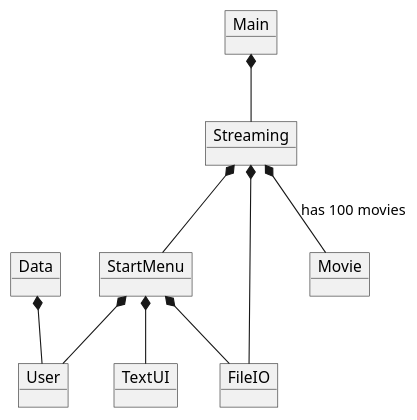
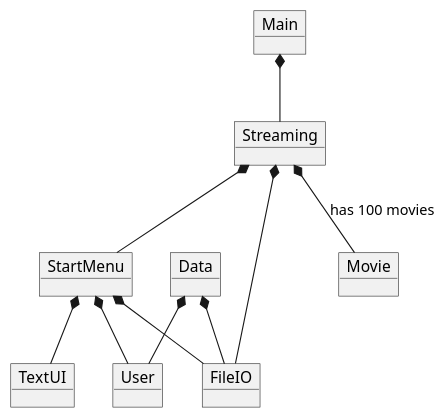
One commit to Madihakhan1/SP3 changed the diagram in .idea/Doc/Domainmodel.puml. Above: the diagram before and after it, drawn with PlantUML.

```diff
--- a/.idea/Doc/Domainmodel.puml
+++ b/.idea/Doc/Domainmodel.puml
@@ -1,28 +1,28 @@
 @startuml
 'https://plantuml.com/object-diagram
 
 object Main
 object StartMenu
 object Streaming
 object User
 object Movie
 object FileIO
 object TextUI
 object Data
 
 
 
 Main *-- Streaming
 Streaming *--StartMenu
 StartMenu *-- User
 StartMenu *--FileIO
 Streaming *-- FileIO
 StartMenu *-- TextUI
 Streaming *-- Movie : has 100 movies
 Data *-- User
-
+Data *-- FileIO
 
 
 
 
 @enduml
```
